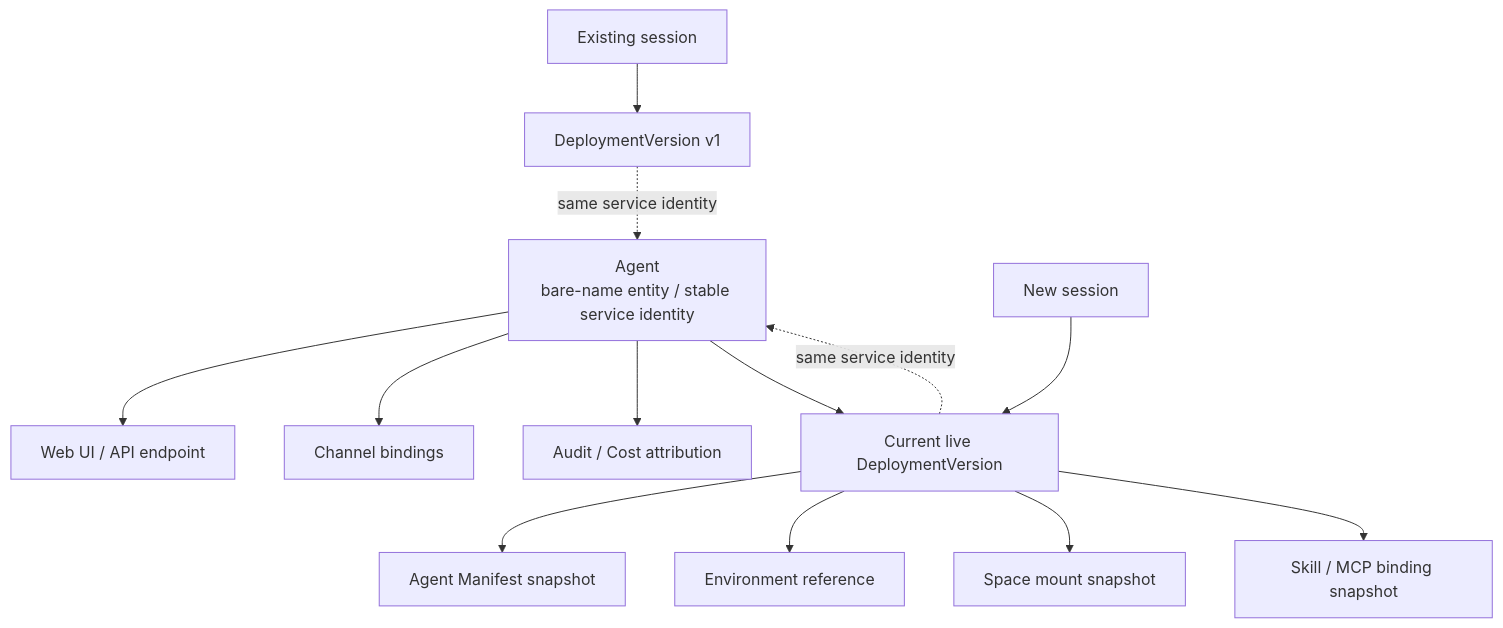
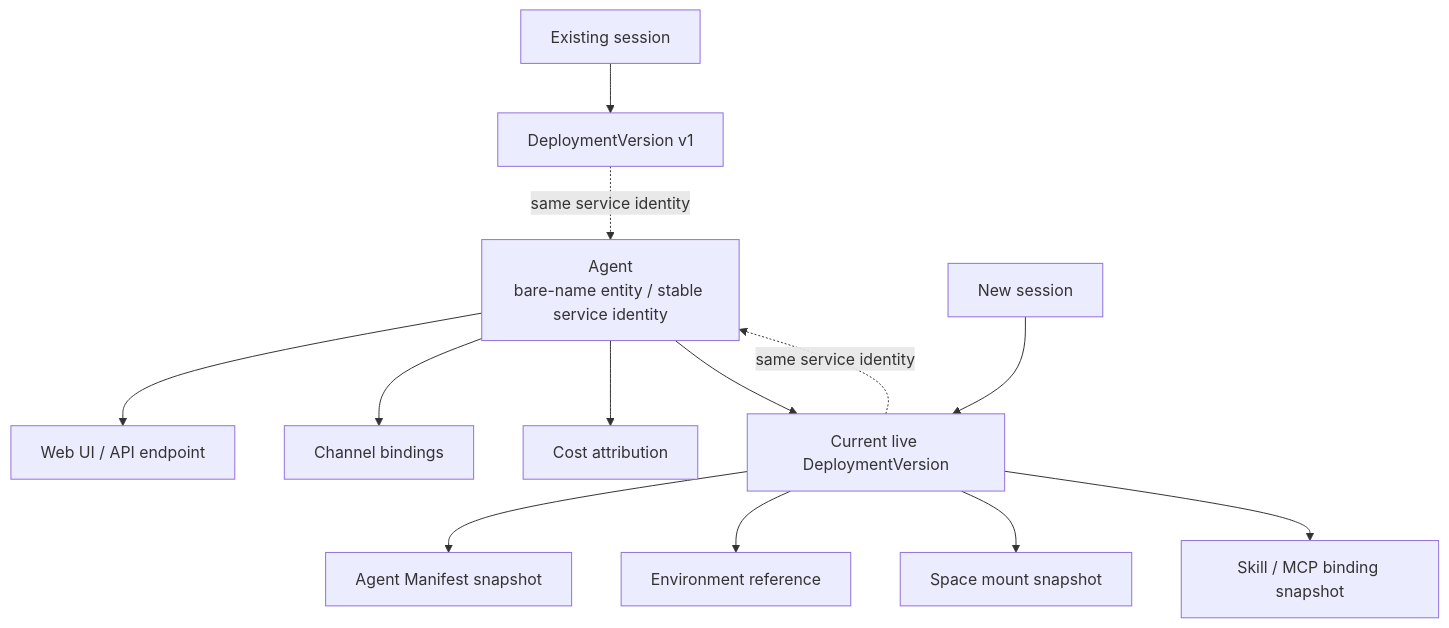
The first of 2 diagrams in dev/prd/agent-service-identity.md (langgenius/mosoo), drawn with Mermaid before and after one commit. The commit also changed other lines of this file and 167 other files, not shown here.

````diff
--- a/dev/prd/agent-service-identity.md
+++ b/dev/prd/agent-service-identity.md
@@ -78,18 +78,18 @@
 ```mermaid
 flowchart TD
   Agent["Agent<br/>bare-name entity / stable service identity"] --> Endpoint["Web UI / API endpoint"]
   Agent --> Channel["Channel bindings"]
-  Agent --> Audit["Audit / Cost attribution"]
+  Agent --> Cost["Cost attribution"]
   Agent --> Live["Current live DeploymentVersion"]
 
   Live --> Manifest["Agent Manifest snapshot"]
   Live --> EnvRef["Environment reference"]
   Live --> SpaceRefs["Space mount snapshot"]
   Live --> ToolRefs["Skill / MCP binding snapshot"]
 
   SessionA["Existing session"] --> Version1["DeploymentVersion v1"]
   SessionB["New session"] --> Live
 
   Version1 -.same service identity.-> Agent
   Live -.same service identity.-> Agent
 ```
````
